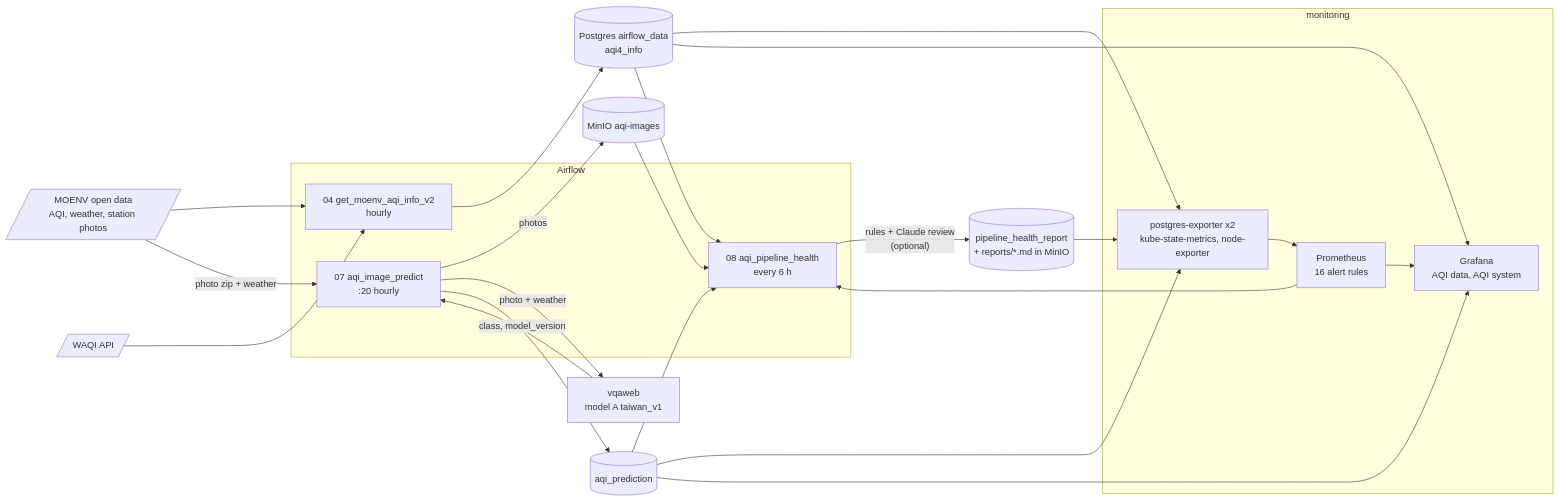
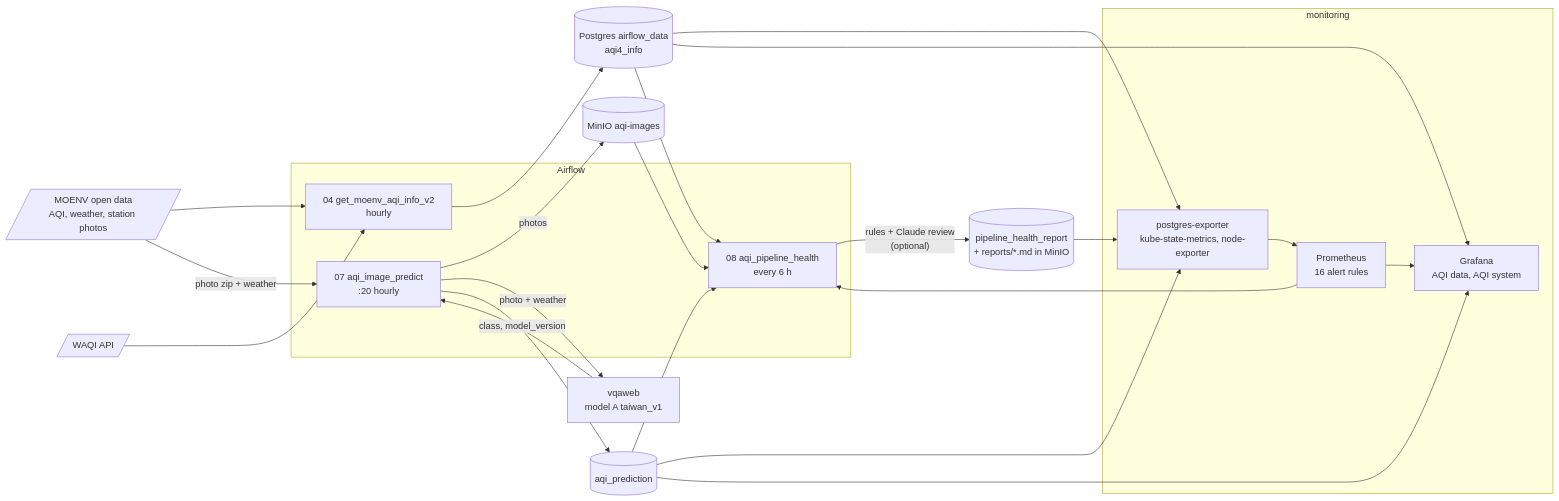
One commit to jack-lio/sql-k8s changed the third of 3 diagrams in README.md. Above: the diagram before and after it, drawn with Mermaid. The commit also changed other lines of this file and 9 other files, not shown here.

First line of the commit message:
Remove app-postgres and its exporter

````diff
--- a/README.md
+++ b/README.md
@@ -61,39 +61,39 @@
 ```mermaid
 flowchart LR
     moenv[/"MOENV open data<br/>AQI, weather, station photos"/]
     waqi[/WAQI API/]
 
     subgraph af [Airflow]
         d04["04 get_moenv_aqi_info_v2<br/>hourly"]
         d07["07 aqi_image_predict<br/>:20 hourly"]
         d08["08 aqi_pipeline_health<br/>every 6 h"]
     end
 
     moenv --> d04
     waqi --> d04
     moenv -- "photo zip + weather" --> d07
 
     d04 --> aqi[("Postgres airflow_data<br/>aqi4_info")]
     d07 -- "photos" --> s3[("MinIO aqi-images")]
     d07 -- "photo + weather" --> web["vqaweb<br/>model A taiwan_v1"]
     web -- "class, model_version" --> d07
     d07 --> pred[("aqi_prediction")]
 
     aqi --> d08
     pred --> d08
     s3 --> d08
     prom --> d08
     d08 -- "rules + Claude review<br/>(optional)" --> rep[("pipeline_health_report<br/>+ reports/*.md in MinIO")]
 
     subgraph mon [monitoring]
-        exp["postgres-exporter x2<br/>kube-state-metrics, node-exporter"]
+        exp["postgres-exporter<br/>kube-state-metrics, node-exporter"]
         prom[Prometheus<br/>16 alert rules]
         graf[Grafana<br/>AQI data, AQI system]
         exp --> prom --> graf
     end
     aqi --> exp
     pred --> exp
     rep --> exp
     aqi --> graf
     pred --> graf
 ```
````
